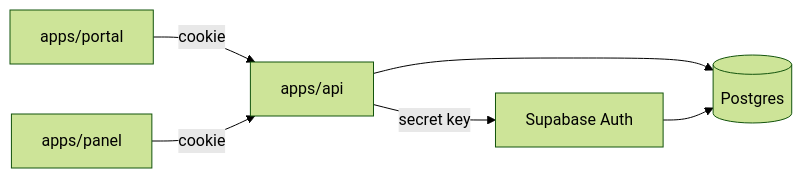
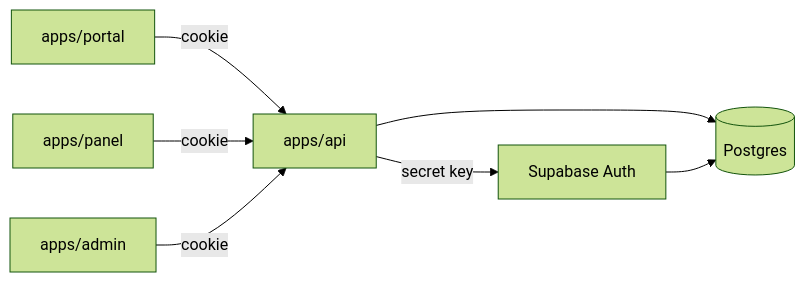
Before and after one commit to opos-land/opos: the diagram in docs/ARCHITECTURE.md, drawn with Mermaid (forest theme). The commit also changed other lines of this file and 159 other files, not shown here.

````diff
--- a/docs/ARCHITECTURE.md
+++ b/docs/ARCHITECTURE.md
@@ -10,8 +10,9 @@
 ```mermaid
 graph LR
     portal["apps/portal"] -->|cookie| api["apps/api"]
     panel["apps/panel"] -->|cookie| api
+    admin["apps/admin"] -->|cookie| api
     api -->|secret key| auth["Supabase Auth"]
     api --> pg[("Postgres")]
     auth --> pg
 ```
````
